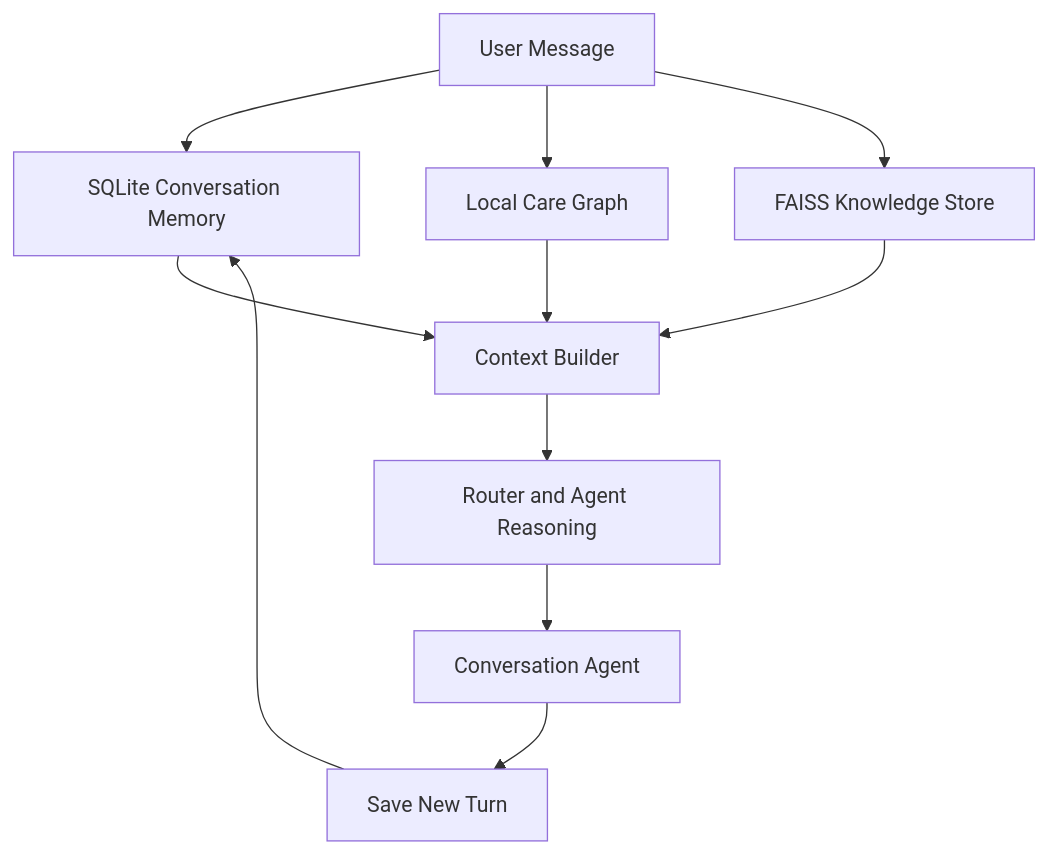
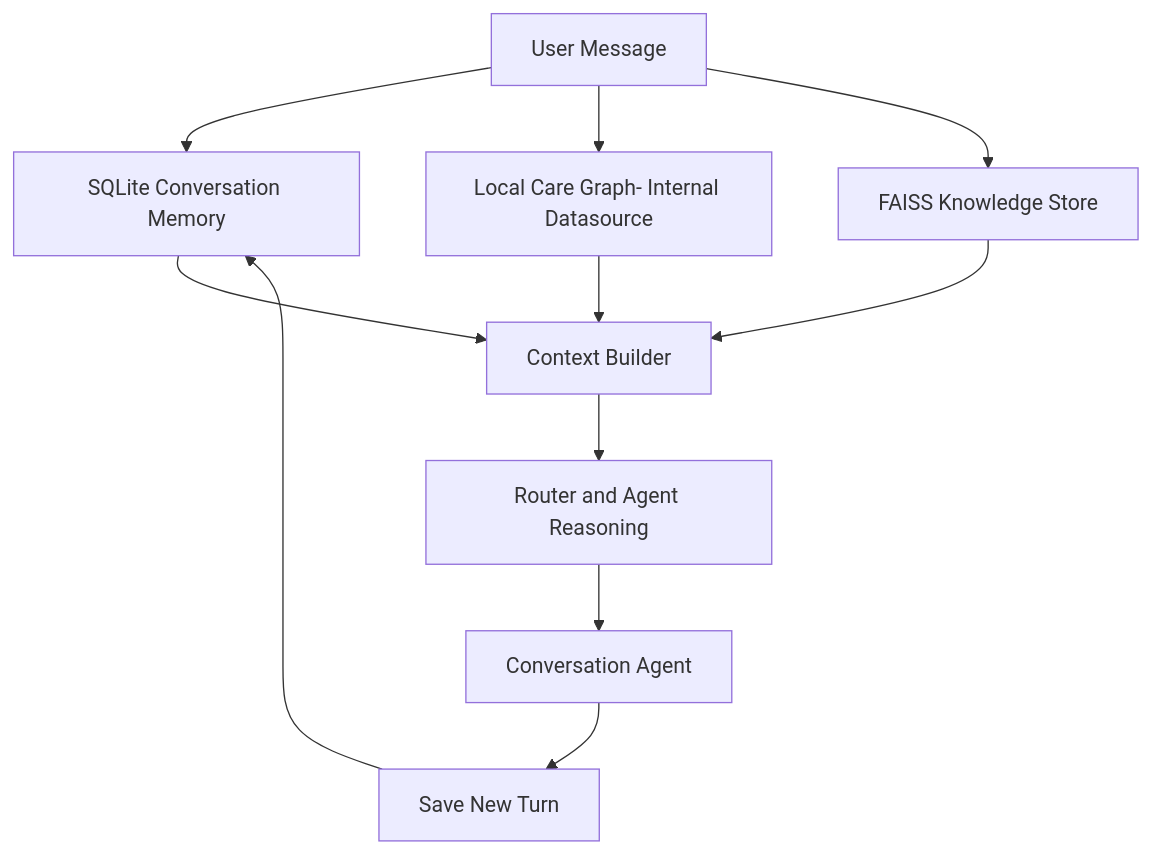
The fourth of 6 diagrams in README.md (Ami14123/Explanable-Eldercare-Agent), drawn with Mermaid before and after one commit. The commit also changed other lines of this file, not shown here.

````diff
--- a/README.md
+++ b/README.md
@@ -87,15 +87,15 @@
 ```mermaid
 flowchart TD
     A[User Message] --> B[SQLite Conversation Memory]
-    A --> C[Local Care Graph]
+    A --> C[Local Care Graph- Internal Datasource]
     A --> D[FAISS Knowledge Store]
 
     B --> E[Context Builder]
     C --> E
     D --> E
 
     E --> F[Router and Agent Reasoning]
     F --> G[Conversation Agent]
     G --> H[Save New Turn]
     H --> B
 ```
````
